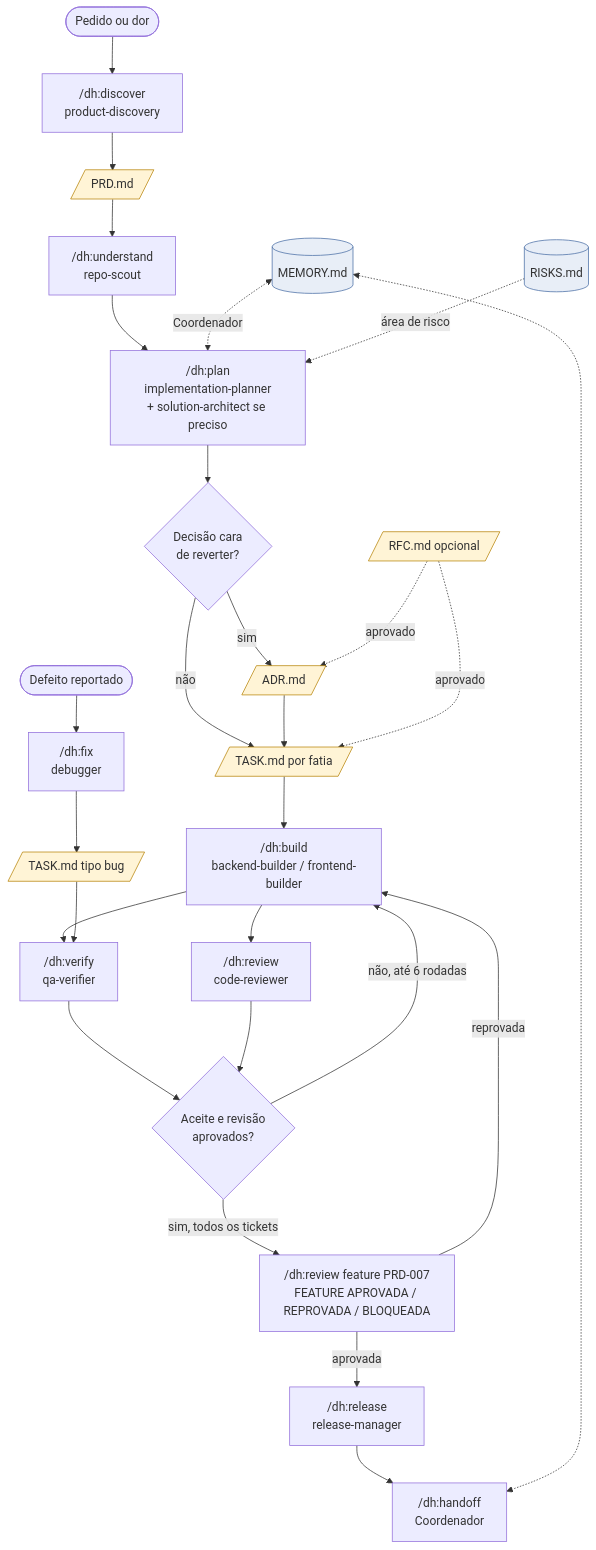
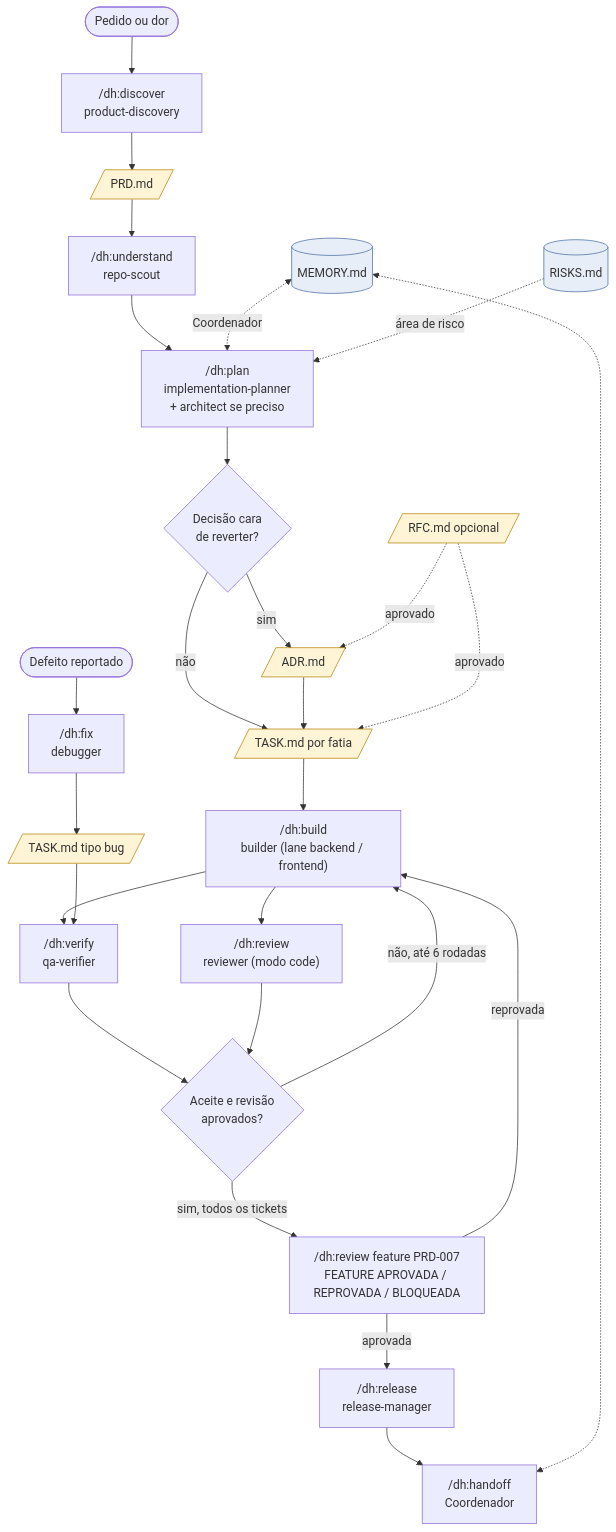
The first of 2 diagrams in docs/tutoriais/templates.md (danielmalka/dev-harness), drawn with Mermaid before and after one commit. The commit also changed other lines of this file and 662 other files, not shown here.

````diff
--- a/docs/tutoriais/templates.md
+++ b/docs/tutoriais/templates.md
@@ -50,37 +50,37 @@
 ```mermaid
 flowchart TB
     ideia([Pedido ou dor]) --> discover["/dh:discover<br/>product-discovery"]
     discover --> prd[/PRD.md/]
     prd --> understand["/dh:understand<br/>repo-scout"]
-    understand --> plan["/dh:plan<br/>implementation-planner<br/>+ solution-architect se preciso"]
+    understand --> plan["/dh:plan<br/>implementation-planner<br/>+ architect se preciso"]
     plan --> decisao{Decisão cara<br/>de reverter?}
     decisao -->|sim| adr[/ADR.md/]
     decisao -->|não| tasks
     adr --> tasks[/TASK.md por fatia/]
-    tasks --> build["/dh:build<br/>backend-builder / frontend-builder"]
+    tasks --> build["/dh:build<br/>builder (lane backend / frontend)"]
     build --> verify["/dh:verify<br/>qa-verifier"]
-    build --> review["/dh:review<br/>code-reviewer"]
+    build --> review["/dh:review<br/>reviewer (modo code)"]
     verify --> ok{Aceite e revisão<br/>aprovados?}
     review --> ok
     ok -->|não, até 6 rodadas| build
     ok -->|sim, todos os tickets| final["/dh:review feature PRD-007<br/>FEATURE APROVADA / REPROVADA / BLOQUEADA"]
     final -->|aprovada| release["/dh:release<br/>release-manager"]
     final -->|reprovada| build
     release --> handoff["/dh:handoff<br/>Coordenador"]
 
     bug([Defeito reportado]) --> fix["/dh:fix<br/>debugger"]
     fix --> bugtask[/TASK.md tipo bug/]
     bugtask --> verify
 
     rfc[/RFC.md opcional/] -.->|aprovado| adr
     rfc -.->|aprovado| tasks
 
     memoria[(MEMORY.md)] <-.->|Coordenador| plan
     memoria <-.-> handoff
     risks[(RISKS.md)] -.->|área de risco| plan
 
     classDef doc fill:#fff4d6,stroke:#b8860b
     classDef mem fill:#e8eef7,stroke:#4a6fa5
     class prd,adr,tasks,bugtask,rfc doc
     class memoria,risks mem
 ```
````
